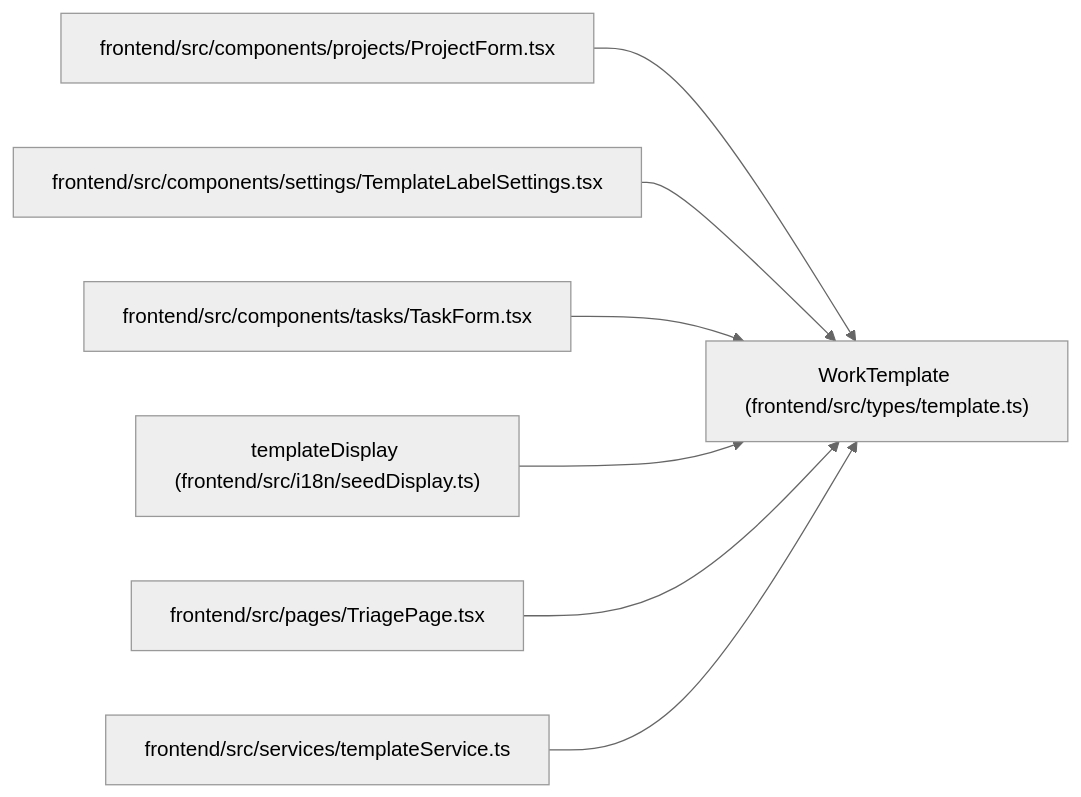
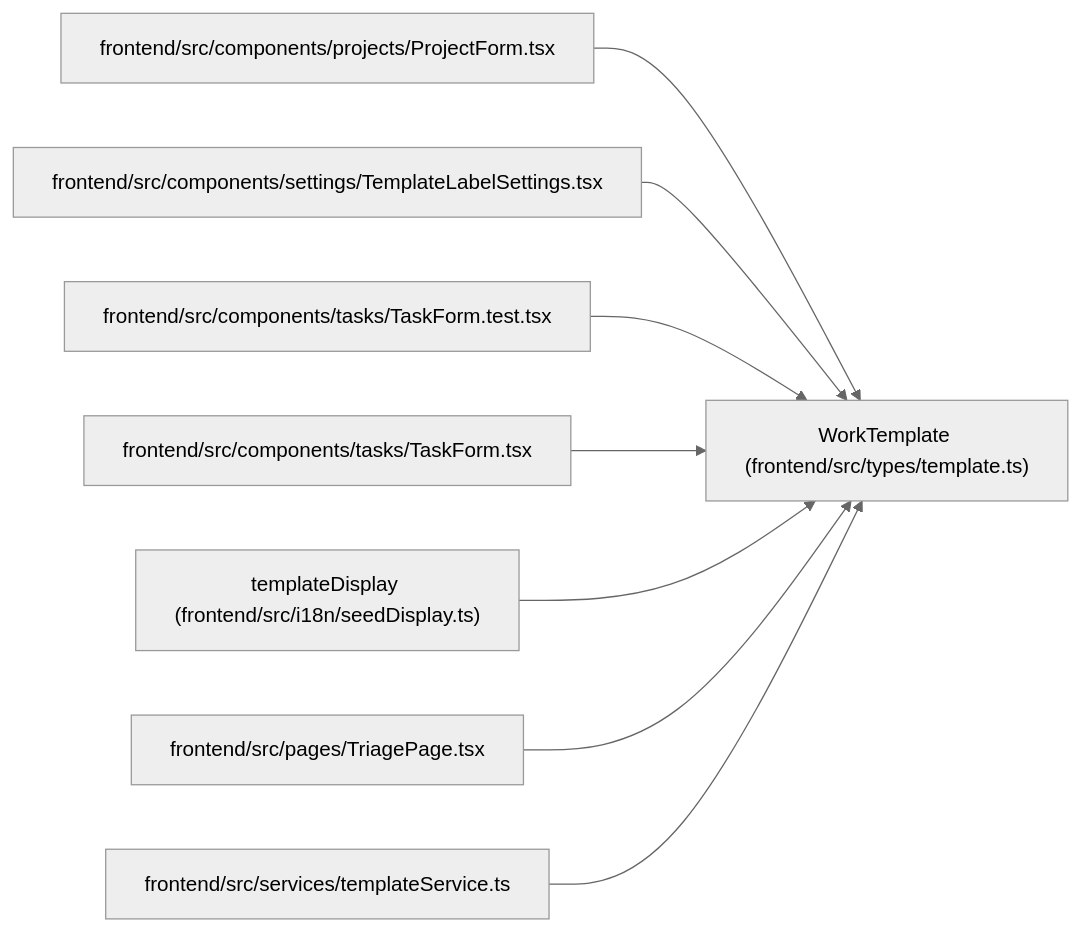
One commit to Denissvgn/WorkChord changed the diagram in docs/llm_wiki/entities/types_template_WorkTemplate.md. Above: the diagram before and after it, drawn with Mermaid (neutral theme). The commit also changed other lines of this file and 1238 other files, not shown here.

First line of the commit message:
docs(wiki): publish compact canonical domain architecture

````diff
--- a/docs/llm_wiki/entities/types_template_WorkTemplate.md
+++ b/docs/llm_wiki/entities/types_template_WorkTemplate.md
@@ -40,23 +40,26 @@
 ```mermaid
 flowchart LR
     n0["WorkTemplate (frontend/src/types/template.ts)"]
     n1["frontend/src/components/projects/ProjectForm.tsx"]
     n2["frontend/src/components/settings/TemplateLabelSettings.tsx"]
-    n3["frontend/src/components/tasks/TaskForm.tsx"]
-    n4["templateDisplay (frontend/src/i18n/seedDisplay.ts)"]
-    n5["frontend/src/pages/TriagePage.tsx"]
-    n6["frontend/src/services/templateService.ts"]
+    n3["frontend/src/components/tasks/TaskForm.test.tsx"]
+    n4["frontend/src/components/tasks/TaskForm.tsx"]
+    n5["templateDisplay (frontend/src/i18n/seedDisplay.ts)"]
+    n6["frontend/src/pages/TriagePage.tsx"]
+    n7["frontend/src/services/templateService.ts"]
     n1 --> n0
     n2 --> n0
     n3 --> n0
     n4 --> n0
     n5 --> n0
     n6 --> n0
+    n7 --> n0
     click n0 "../modules/types_template.md"
     click n1 "../modules/ProjectForm.md"
     click n2 "../modules/TemplateLabelSettings.md"
-    click n3 "../modules/TaskForm.md"
-    click n4 "../modules/seedDisplay.md"
-    click n5 "../modules/TriagePage.md"
-    click n6 "../modules/templateService.md"
+    click n3 "../modules/TaskForm.test.md"
+    click n4 "../modules/TaskForm.md"
+    click n5 "../modules/seedDisplay.md"
+    click n6 "../modules/TriagePage.md"
+    click n7 "../modules/templateService.md"
 ```
````
